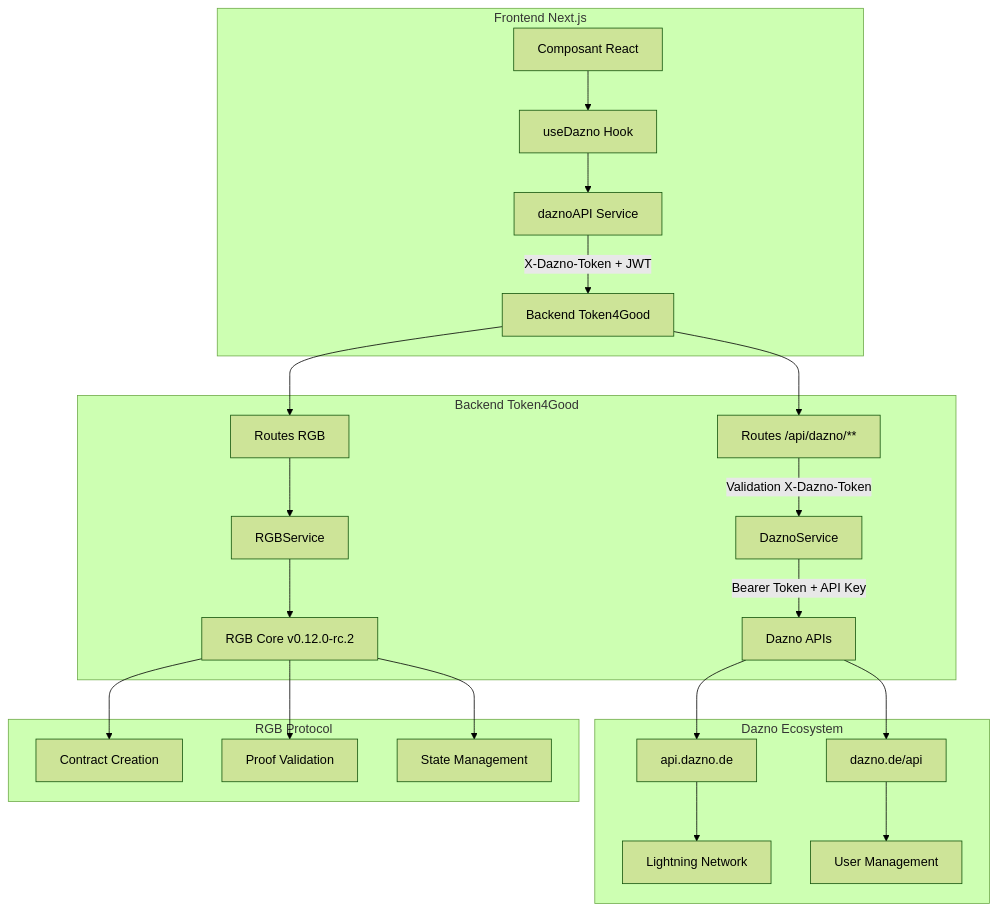
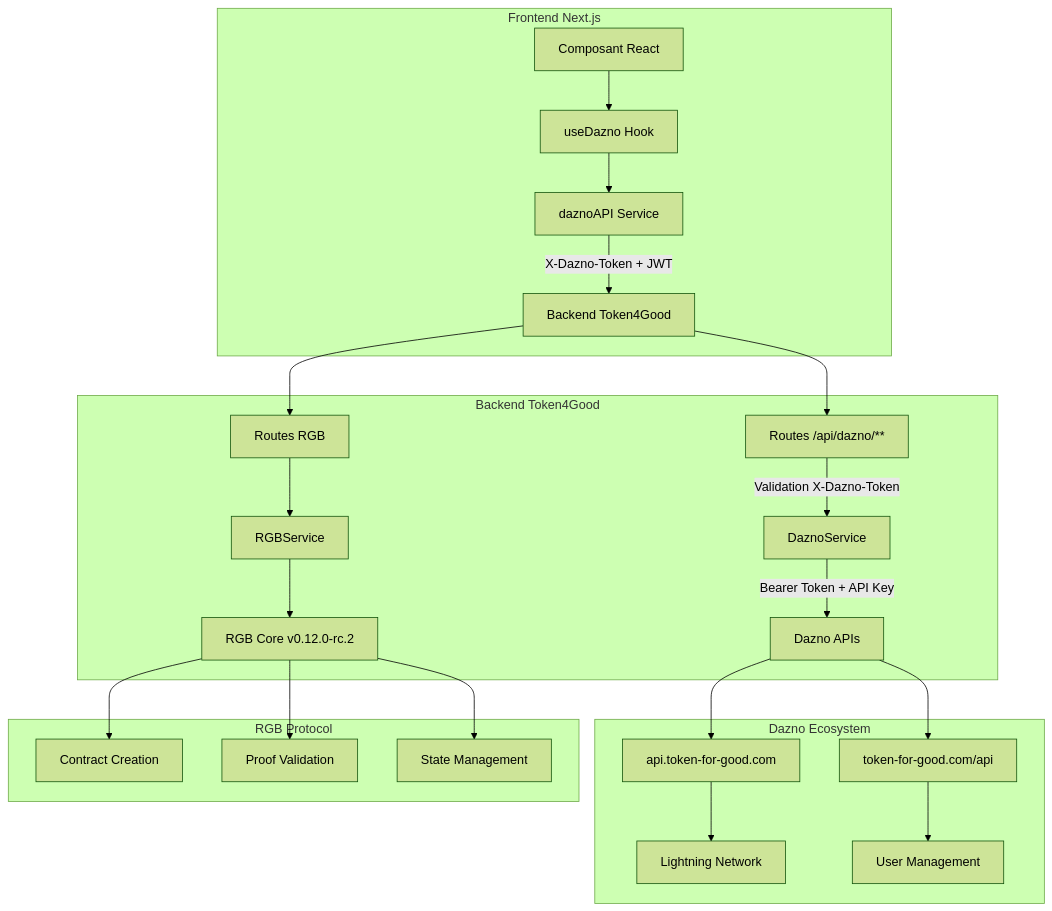
One commit to Feustey/T4G changed the diagram in docs/integration/INTEGRATION_GUIDE.md. Above: the diagram before and after it, drawn with Mermaid (forest theme). The commit also changed other lines of this file and 136 other files, not shown here.

First line of the commit message:
chore: migration dazno.de → token-for-good.com + fix backend mode minimal

````diff
--- a/docs/integration/INTEGRATION_GUIDE.md
+++ b/docs/integration/INTEGRATION_GUIDE.md
@@ -111,31 +111,31 @@
 ```mermaid
 graph TB
     subgraph "Frontend Next.js"
         A[Composant React] --> B[useDazno Hook]
         B --> C[daznoAPI Service]
         C --> |X-Dazno-Token + JWT| D[Backend Token4Good]
     end
     
     subgraph "Backend Token4Good"
         D --> E[Routes /api/dazno/**]
         E --> |Validation X-Dazno-Token| F[DaznoService]
         F --> |Bearer Token + API Key| G[Dazno APIs]
         
         D --> H[Routes RGB]
         H --> I[RGBService]
         I --> J[RGB Core v0.12.0-rc.2]
     end
     
     subgraph "Dazno Ecosystem"
-        G --> K[api.dazno.de]
-        G --> L[dazno.de/api]
+        G --> K[api.token-for-good.com]
+        G --> L[token-for-good.com/api]
         K --> M[Lightning Network]
         L --> N[User Management]
     end
     
     subgraph "RGB Protocol"
         J --> O[Contract Creation]
         J --> P[Proof Validation]
         J --> Q[State Management]
     end
 ```
````
